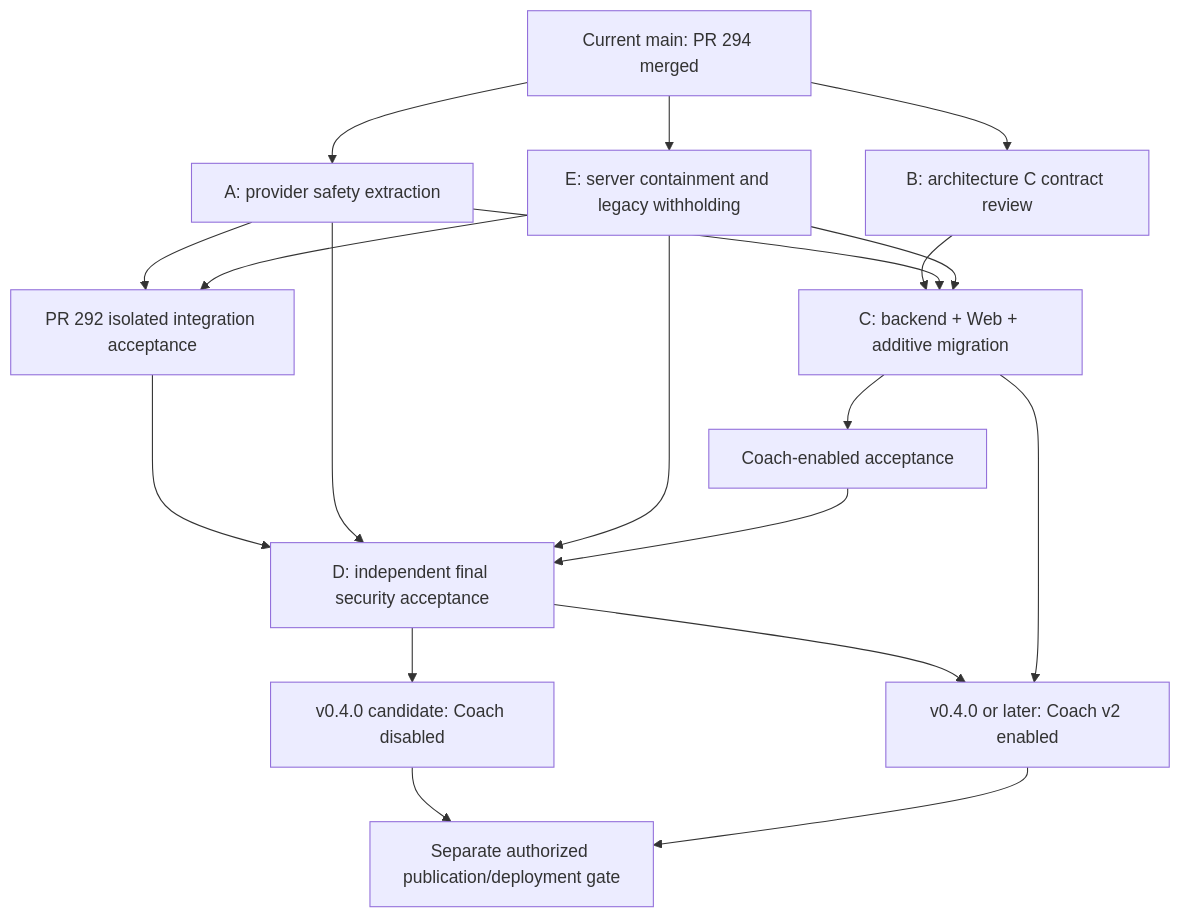
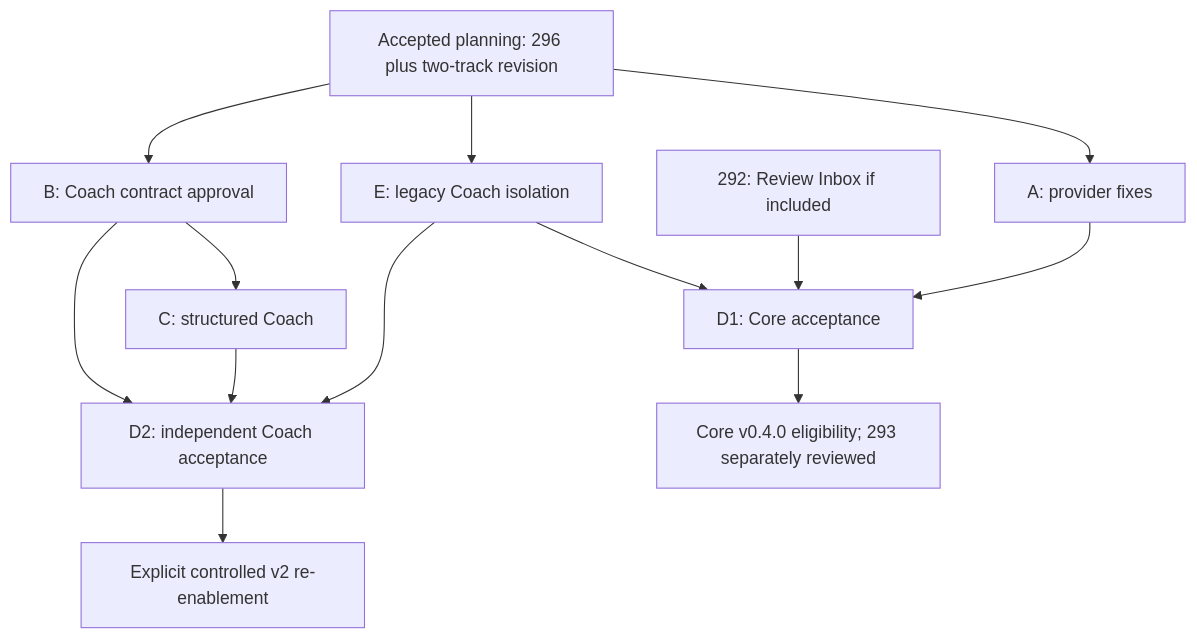
The diagram in docs/architecture/phase1-security-roadmap.md (HoesenBruce/TradeLens), drawn with Mermaid before and after one commit. The commit also changed other lines of this file and 3 other files, not shown here.

First line of the commit message:
docs(security): separate Core and AI Coach release gates (#297)

````diff
--- a/docs/architecture/phase1-security-roadmap.md
+++ b/docs/architecture/phase1-security-roadmap.md
@@ -9,21 +28,15 @@
 ```mermaid
 flowchart TD
-  M[Current main: PR 294 merged] --> A[A: provider safety extraction]
-  M --> E[E: server containment and legacy withholding]
-  M --> B[B: architecture C contract review]
-  B --> C[C: backend + Web + additive migration]
-  A --> C
-  E --> C
-  A --> I[PR 292 isolated integration acceptance]
-  E --> I
-  I --> D[D: independent final security acceptance]
-  A --> D
-  E --> D
-  C --> ON[Coach-enabled acceptance]
-  ON --> D
-  D --> OFF[v0.4.0 candidate: Coach disabled]
-  D --> FULL[v0.4.0 or later: Coach v2 enabled]
-  C --> FULL
-  OFF --> P[Separate authorized publication/deployment gate]
-  FULL --> P
+  P[Accepted planning: 296 plus two-track revision] --> A[A: provider fixes]
+  P --> E[E: legacy Coach isolation]
+  A --> D1[D1: Core acceptance]
+  E --> D1
+  R[292: Review Inbox if included] --> D1
+  D1 --> V[Core v0.4.0 eligibility; 293 separately reviewed]
+  P --> B[B: Coach contract approval]
+  B --> C[C: structured Coach]
+  B --> D2[D2: independent Coach acceptance]
+  C --> D2
+  E --> D2
+  D2 --> ON[Explicit controlled v2 re-enablement]
 ```
````
